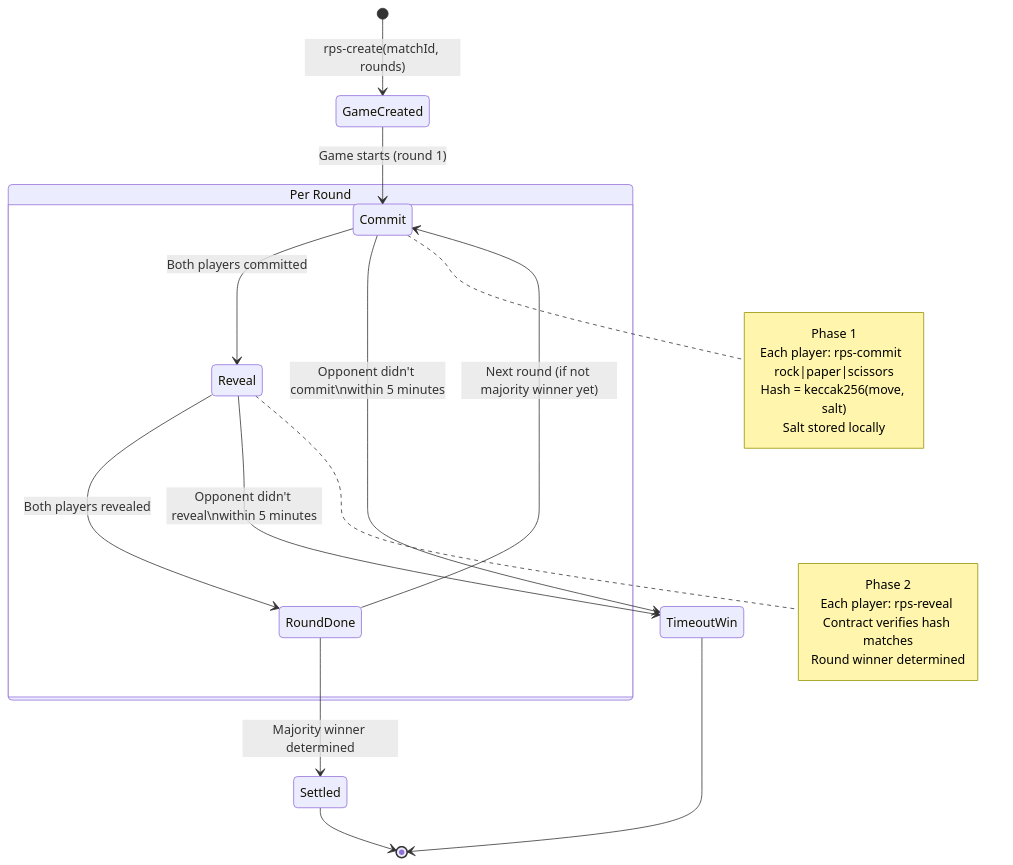
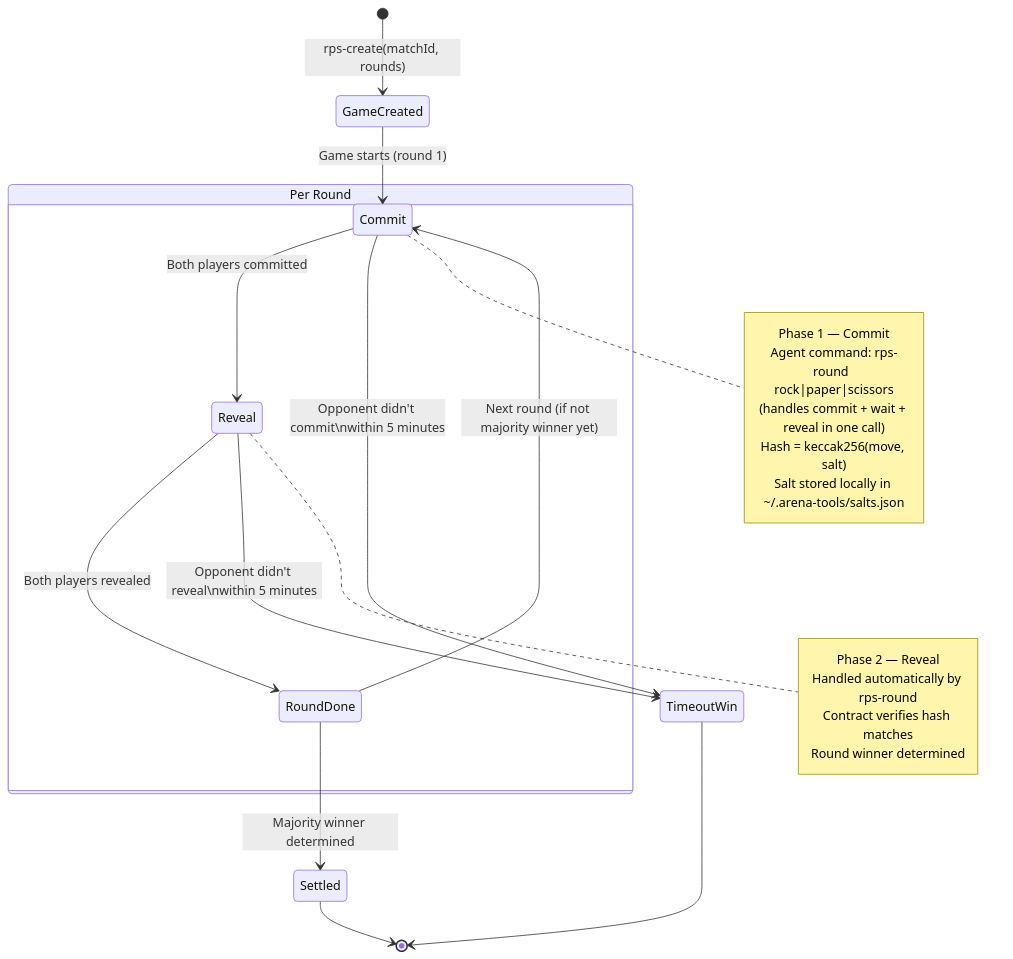
The fourth of 10 diagrams in docs/CHALLENGE_FLOW.md (Marcussy34/molteee), drawn with Mermaid before and after one commit. The commit also changed other lines of this file and 3 other files, not shown here.

````diff
--- a/docs/CHALLENGE_FLOW.md
+++ b/docs/CHALLENGE_FLOW.md
@@ -141,33 +145,34 @@
 ```mermaid
 stateDiagram-v2
     [*] --> GameCreated: rps-create(matchId, rounds)
 
     state "Per Round" as round {
         Commit --> Reveal: Both players committed
         Reveal --> RoundDone: Both players revealed
     }
 
     GameCreated --> Commit: Game starts (round 1)
     RoundDone --> Commit: Next round (if not majority winner yet)
     RoundDone --> Settled: Majority winner determined
 
     Commit --> TimeoutWin: Opponent didn't commit\nwithin 5 minutes
     Reveal --> TimeoutWin: Opponent didn't reveal\nwithin 5 minutes
 
     Settled --> [*]
     TimeoutWin --> [*]
 
     note right of Commit
-        Phase 1
-        Each player: rps-commit <game_id> rock|paper|scissors
+        Phase 1 — Commit
+        Agent command: rps-round <game_id> rock|paper|scissors
+        (handles commit + wait + reveal in one call)
         Hash = keccak256(move, salt)
-        Salt stored locally
+        Salt stored locally in ~/.arena-tools/salts.json
     end note
 
     note right of Reveal
-        Phase 2
-        Each player: rps-reveal <game_id>
+        Phase 2 — Reveal
+        Handled automatically by rps-round
         Contract verifies hash matches
         Round winner determined
     end note
 ```
````
